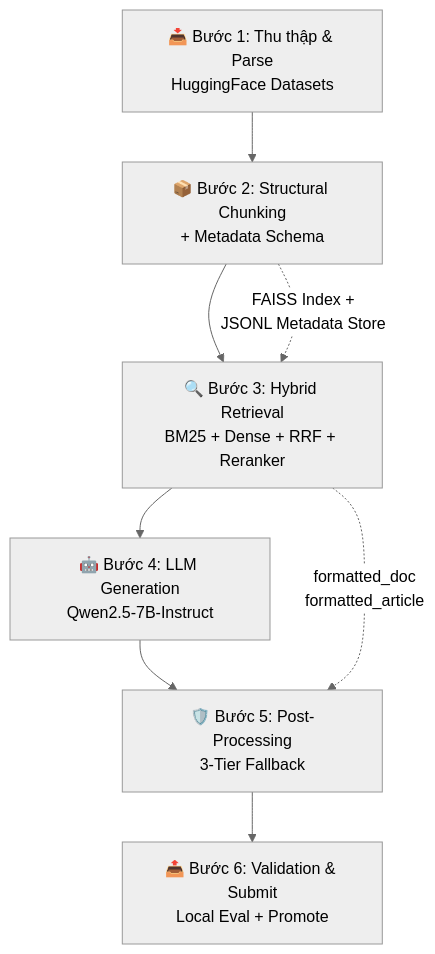
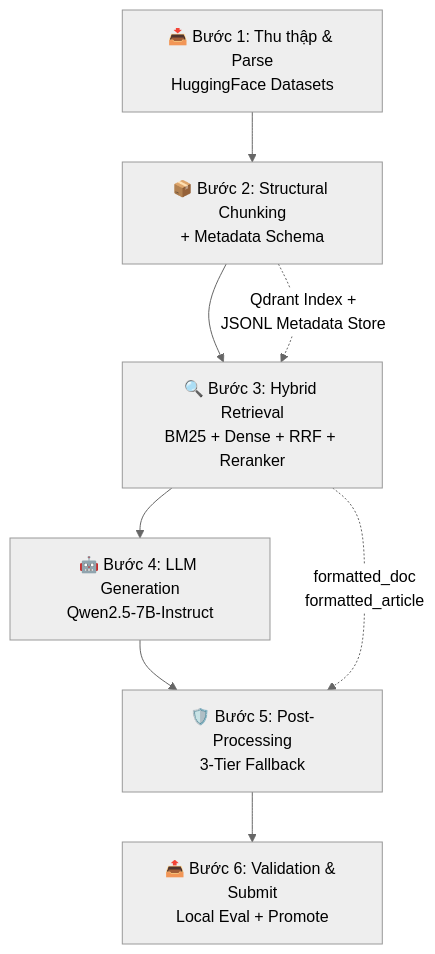
The first of 3 diagrams in docs/implementation_plan.md (HoangKhang226/Road2AI), drawn with Mermaid (neutral theme) before and after one commit. The commit also changed other lines of this file and 2 other files, not shown here.

````diff
--- a/docs/implementation_plan.md
+++ b/docs/implementation_plan.md
@@ -76,11 +76,11 @@
 ```mermaid
 graph TD
     A["📥 Bước 1: Thu thập & Parse<br/>HuggingFace Datasets"] --> B["📦 Bước 2: Structural Chunking<br/>+ Metadata Schema"]
     B --> C["🔍 Bước 3: Hybrid Retrieval<br/>BM25 + Dense + RRF + Reranker"]
     C --> D["🤖 Bước 4: LLM Generation<br/>Qwen2.5-7B-Instruct"]
     D --> E["🛡️ Bước 5: Post-Processing<br/>3-Tier Fallback"]
     E --> F["📤 Bước 6: Validation & Submit<br/>Local Eval + Promote"]
 
-    B -.->|"FAISS Index +<br/>JSONL Metadata Store"| C
+    B -.->|"Qdrant Index +<br/>JSONL Metadata Store"| C
     C -.->|"formatted_doc<br/>formatted_article"| E
 ```
````
